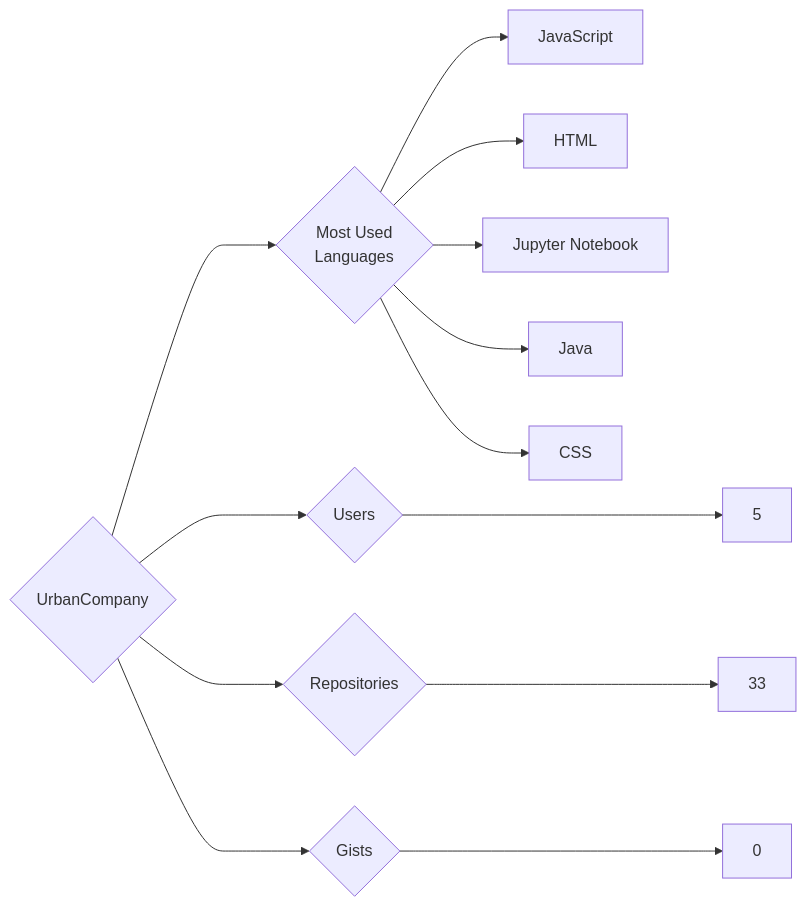
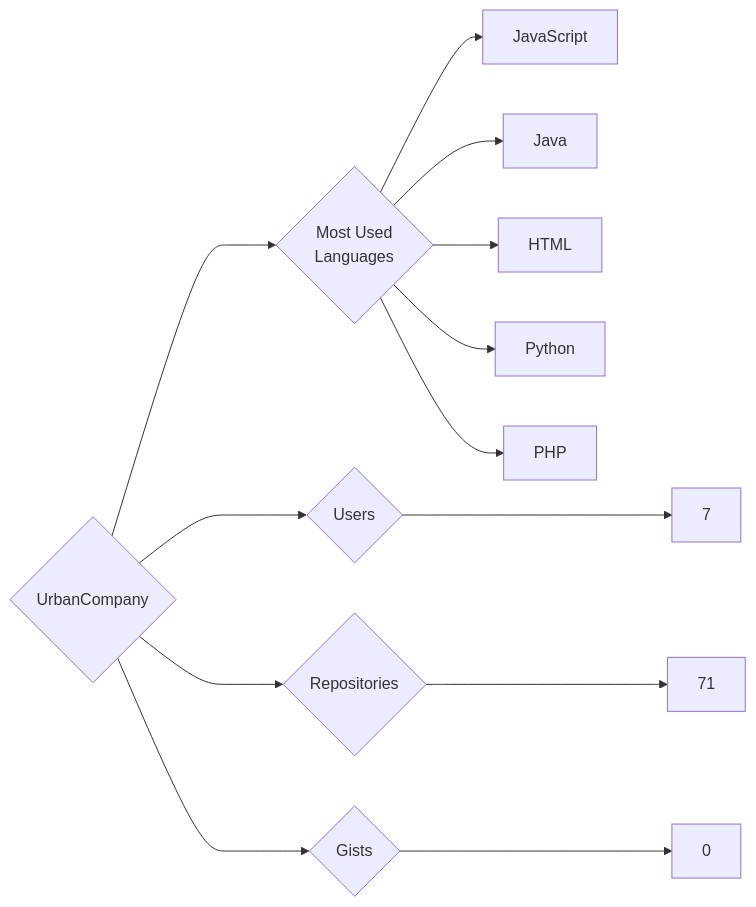
The diagram in targets/UrbanCompany/README.md (trickest/insiders), drawn with Mermaid before and after one commit. The commit also changed 839 other files, not shown here.

````diff
--- a/targets/UrbanCompany/README.md
+++ b/targets/UrbanCompany/README.md
@@ -3,13 +3,13 @@
 ```mermaid
 graph LR
 COMPANY_NAME{UrbanCompany}
-COMPANY_NAME ---> U{Users} ---> UN[5]
-COMPANY_NAME ---> R{Repositories} ---> RN[33]
+COMPANY_NAME ---> U{Users} ---> UN[7]
+COMPANY_NAME ---> R{Repositories} ---> RN[71]
 COMPANY_NAME ---> G{Gists} ---> GN[0]
 COMPANY_NAME ---> ML{Most Used<br>Languages}
 ML --> JavaScript[JavaScript]
+ML --> Java[Java]
 ML --> HTML[HTML]
-ML --> Jupyter_Notebook[Jupyter Notebook]
-ML --> Java[Java]
-ML --> CSS[CSS]
+ML --> Python[Python]
+ML --> PHP[PHP]
 ```
````
